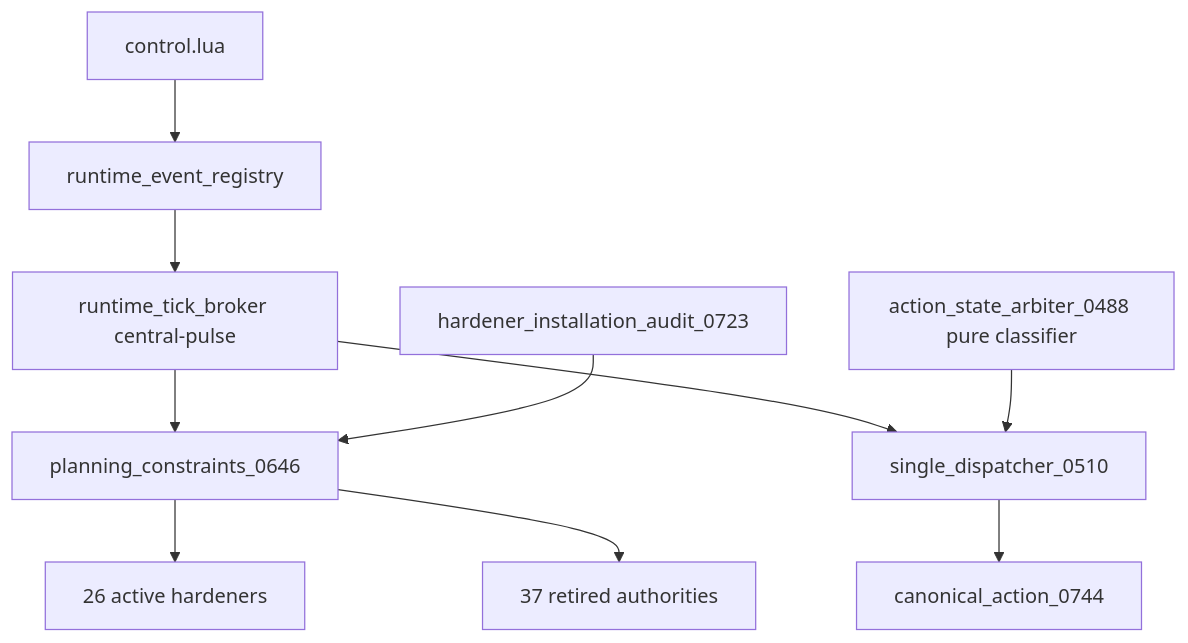
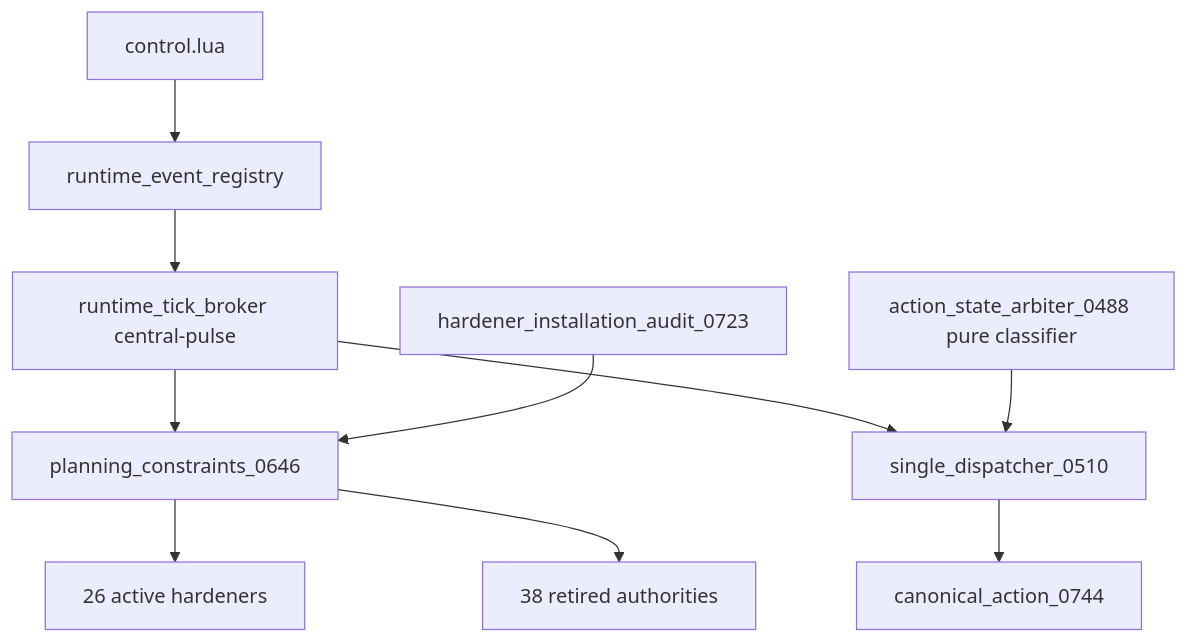
The first of 12 diagrams in docs/RECOVERY_AUTHORITY_MAP_CURRENT.md (mrcalzon02/Tech-Priests), drawn with Mermaid before and after one commit. The commit also changed other lines of this file and 20 other files, not shown here.

````diff
--- a/docs/RECOVERY_AUTHORITY_MAP_CURRENT.md
+++ b/docs/RECOVERY_AUTHORITY_MAP_CURRENT.md
@@ -13,12 +13,12 @@
 ```mermaid
 flowchart TD
     Control[control.lua] --> Registry[runtime_event_registry]
     Registry --> Broker[runtime_tick_broker central-pulse]
     Broker --> Planning[planning_constraints_0646]
     Planning --> Prearm[26 active hardeners]
-    Planning --> Retired[37 retired authorities]
+    Planning --> Retired[38 retired authorities]
     Broker --> Dispatcher[single_dispatcher_0510]
     Dispatcher --> Action[canonical_action_0744]
     Arbiter[action_state_arbiter_0488 pure classifier] --> Dispatcher
     Finalizer[hardener_installation_audit_0723] --> Planning
 ```
````
